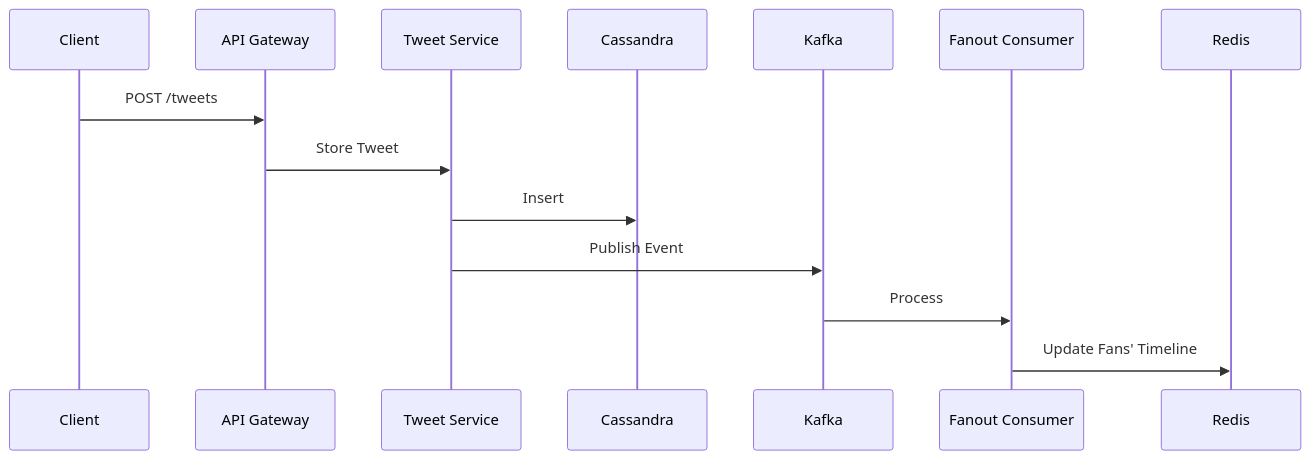
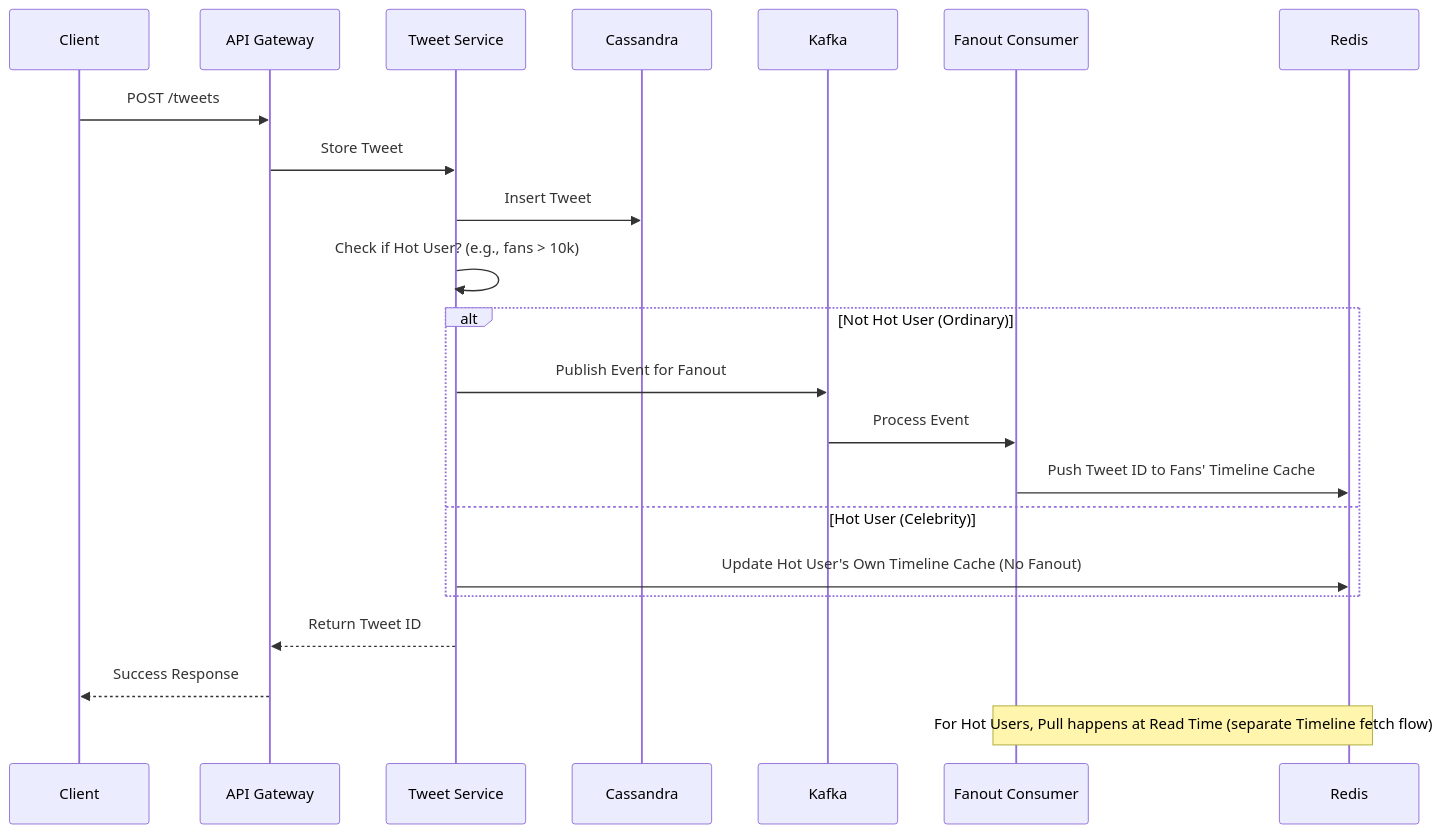
The second of 5 diagrams in _projects/2_project.md (zhengstar94/zhengstar94.github.io), drawn with Mermaid before and after one commit.

````diff
--- a/_projects/2_project.md
+++ b/_projects/2_project.md
@@ -302,9 +302,17 @@
 ```mermaid
 sequenceDiagram
 Client->>API Gateway: POST /tweets
 API Gateway->>Tweet Service: Store Tweet
-Tweet Service->>Cassandra: Insert
-Tweet Service->>Kafka: Publish Event
-Kafka->>Fanout Consumer: Process
-Fanout Consumer->>Redis: Update Fans' Timeline
+Tweet Service->>Cassandra: Insert Tweet
+Tweet Service->>Tweet Service: Check if Hot User? (e.g., fans > 10k)
+alt Not Hot User (Ordinary)
+    Tweet Service->>Kafka: Publish Event for Fanout
+    Kafka->>Fanout Consumer: Process Event
+    Fanout Consumer->>Redis: Push Tweet ID to Fans' Timeline Cache
+else Hot User (Celebrity)
+    Tweet Service->>Redis: Update Hot User's Own Timeline Cache (No Fanout)
+end
+Tweet Service-->>API Gateway: Return Tweet ID
+API Gateway-->>Client: Success Response
+Note over Fanout Consumer,Redis: For Hot Users, Pull happens at Read Time (separate Timeline fetch flow)
 ```
````
